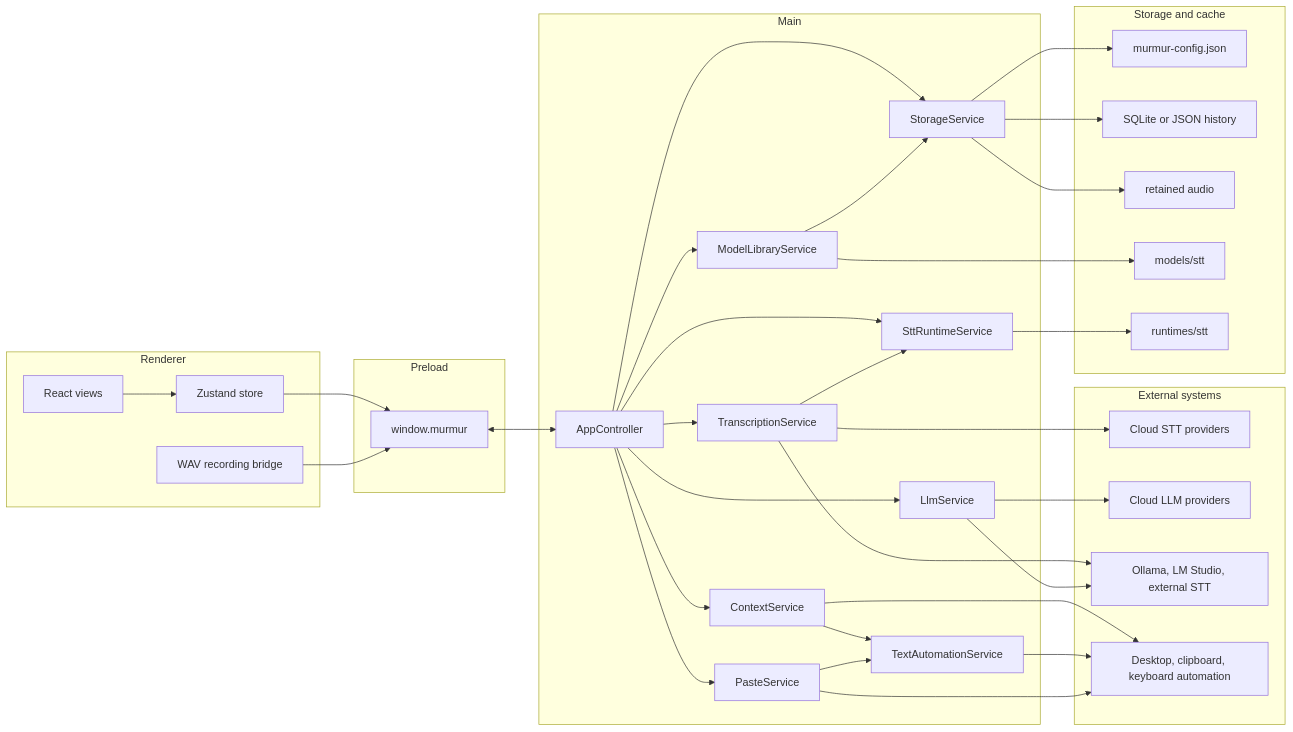
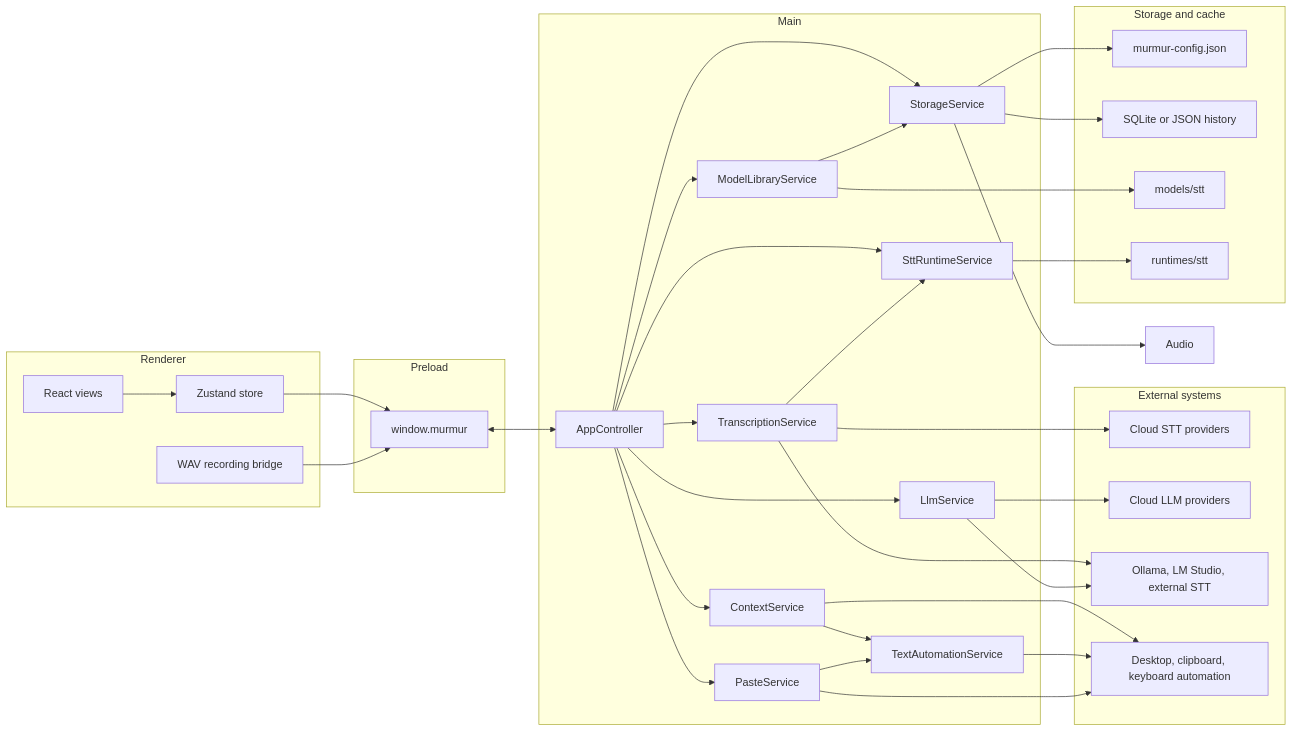
The diagram in docs/architecture/system-overview.md (strxnd/murmur), drawn with Mermaid before and after one commit. The commit also changed 50 other files, not shown here.

````diff
--- a/docs/architecture/system-overview.md
+++ b/docs/architecture/system-overview.md
@@ -10,67 +10,66 @@
 ```mermaid
 flowchart LR
   subgraph Renderer
     UI["React views"]
     Store["Zustand store"]
     Recorder["WAV recording bridge"]
   end
 
   subgraph Preload
     Bridge["window.murmur"]
   end
 
   subgraph Main
     Controller["AppController"]
     Context["ContextService"]
     Automation["TextAutomationService"]
     Paste["PasteService"]
     STT["TranscriptionService"]
     LLM["LlmService"]
     Models["ModelLibraryService"]
     Runtimes["SttRuntimeService"]
     Storage["StorageService"]
   end
 
   subgraph LocalStorage["Storage and cache"]
     Config["murmur-config.json"]
     History["SQLite or JSON history"]
-    Audio["retained audio"]
     ModelCache["models/stt"]
     RuntimeCache["runtimes/stt"]
   end
 
   subgraph External["External systems"]
     CloudSTT["Cloud STT providers"]
     CloudLLM["Cloud LLM providers"]
     LocalServers["Ollama, LM Studio, external STT"]
     OS["Desktop, clipboard, keyboard automation"]
   end
 
   UI --> Store
   Store --> Bridge
   Recorder --> Bridge
   Bridge <--> Controller
   Controller --> Context
   Controller --> Paste
   Controller --> STT
   Controller --> LLM
   Controller --> Models
   Controller --> Runtimes
   Controller --> Storage
   Context --> Automation
   Paste --> Automation
   Context --> OS
   Automation --> OS
   Paste --> OS
   STT --> CloudSTT
   STT --> LocalServers
   STT --> Runtimes
   LLM --> CloudLLM
   LLM --> LocalServers
   Models --> ModelCache
   Models --> Storage
   Runtimes --> RuntimeCache
   Storage --> Config
   Storage --> History
   Storage --> Audio
 ```
````
